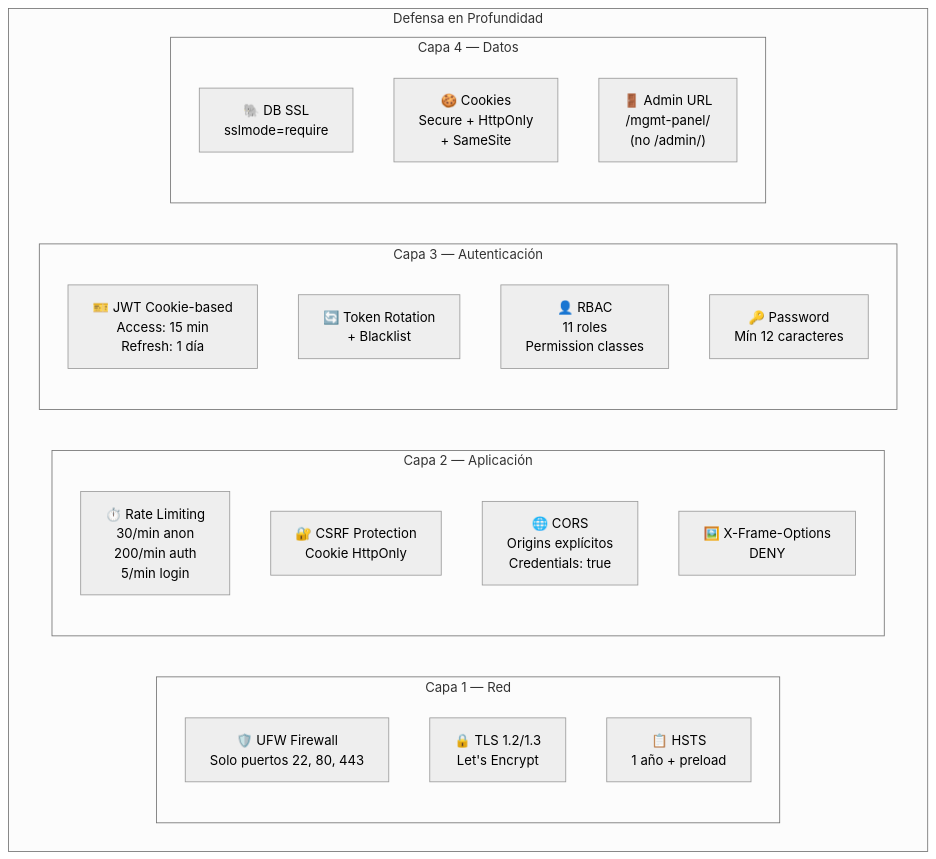
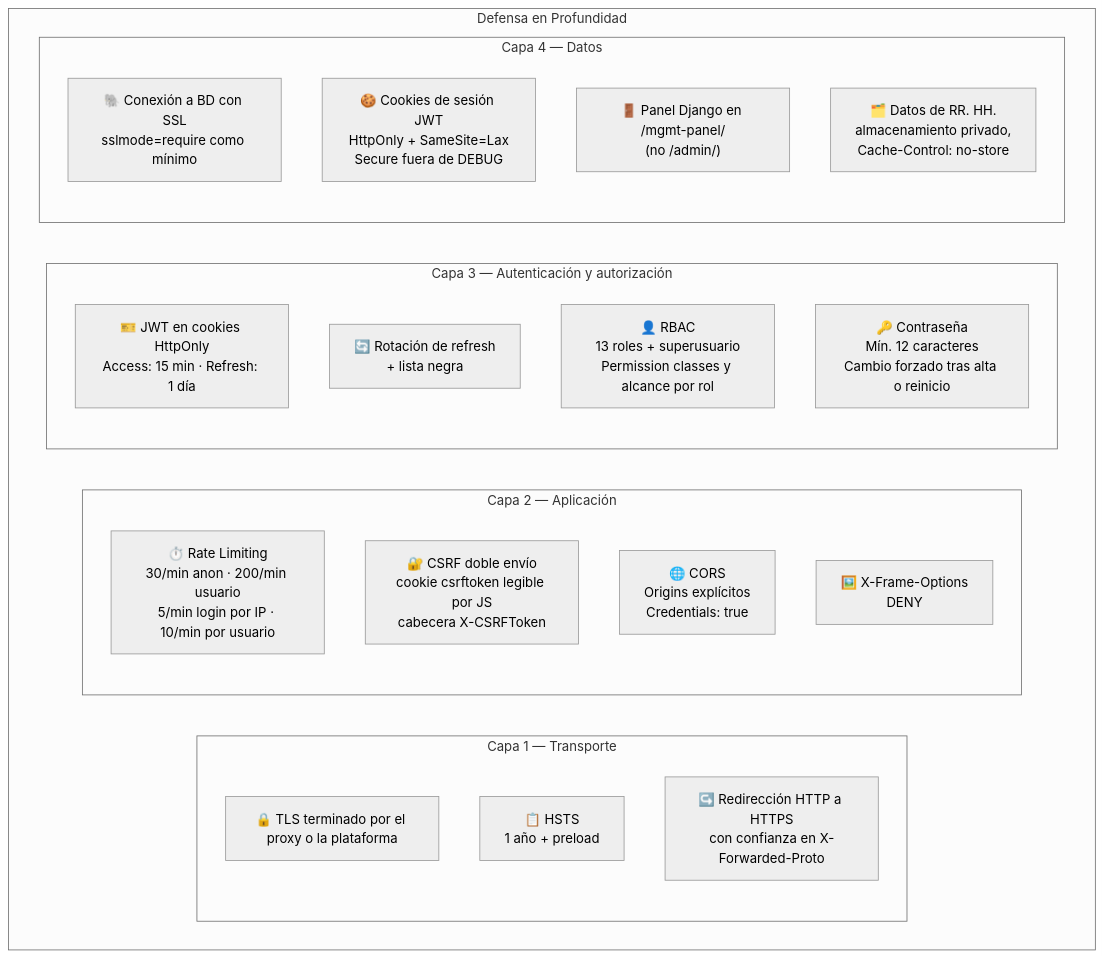
The eighth of 10 diagrams in docs/02_Arquitectura_Alto_Nivel.md (pccpegit/SYSPCCLOG), drawn with Mermaid (neutral theme) before and after one commit. The commit also changed other lines of this file and 42 other files, not shown here.

First line of the commit message:
docs: poner la documentación al día con el código

````diff
--- a/docs/02_Arquitectura_Alto_Nivel.md
+++ b/docs/02_Arquitectura_Alto_Nivel.md
@@ -388,30 +450,31 @@
 ```mermaid
 graph TB
     subgraph "Defensa en Profundidad"
-        subgraph "Capa 1 — Red"
-            FW["🛡️ UFW Firewall<br/>Solo puertos 22, 80, 443"]
-            SSL["🔒 TLS 1.2/1.3<br/>Let's Encrypt"]
+        subgraph "Capa 1 — Transporte"
+            SSL["🔒 TLS terminado por el proxy o la plataforma"]
             HSTS2["📋 HSTS<br/>1 año + preload"]
+            SSLR["↪️ Redirección HTTP a HTTPS<br/>con confianza en X-Forwarded-Proto"]
         end
 
         subgraph "Capa 2 — Aplicación"
-            RATE["⏱️ Rate Limiting<br/>30/min anon<br/>200/min auth<br/>5/min login"]
-            CSRF["🔐 CSRF Protection<br/>Cookie HttpOnly"]
+            RATE["⏱️ Rate Limiting<br/>30/min anon · 200/min usuario<br/>5/min login por IP · 10/min por usuario"]
+            CSRF["🔐 CSRF doble envío<br/>cookie csrftoken legible por JS<br/>cabecera X-CSRFToken"]
             CORS2["🌐 CORS<br/>Origins explícitos<br/>Credentials: true"]
             XFO["🖼️ X-Frame-Options<br/>DENY"]
         end
 
-        subgraph "Capa 3 — Autenticación"
-            JWT2["🎫 JWT Cookie-based<br/>Access: 15 min<br/>Refresh: 1 día"]
-            ROT["🔄 Token Rotation<br/>+ Blacklist"]
-            RBAC2["👤 RBAC<br/>11 roles<br/>Permission classes"]
-            PWD["🔑 Password<br/>Mín 12 caracteres"]
+        subgraph "Capa 3 — Autenticación y autorización"
+            JWT2["🎫 JWT en cookies HttpOnly<br/>Access: 15 min · Refresh: 1 día"]
+            ROT["🔄 Rotación de refresh<br/>+ lista negra"]
+            RBAC2["👤 RBAC<br/>13 roles + superusuario<br/>Permission classes y alcance por rol"]
+            PWD["🔑 Contraseña<br/>Mín. 12 caracteres<br/>Cambio forzado tras alta o reinicio"]
         end
 
         subgraph "Capa 4 — Datos"
-            DBSSL["🐘 DB SSL<br/>sslmode=require"]
-            COOK["🍪 Cookies<br/>Secure + HttpOnly<br/>+ SameSite"]
-            ADMIN2["🚪 Admin URL<br/>/mgmt-panel/<br/>(no /admin/)"]
+            DBSSL["🐘 Conexión a BD con SSL<br/>sslmode=require como mínimo"]
+            COOK["🍪 Cookies de sesión JWT<br/>HttpOnly + SameSite=Lax<br/>Secure fuera de DEBUG"]
+            ADMIN2["🚪 Panel Django en /mgmt-panel/<br/>(no /admin/)"]
+            PII["🗂️ Datos de RR. HH.<br/>almacenamiento privado,<br/>Cache-Control: no-store"]
         end
     end
 ```
````
